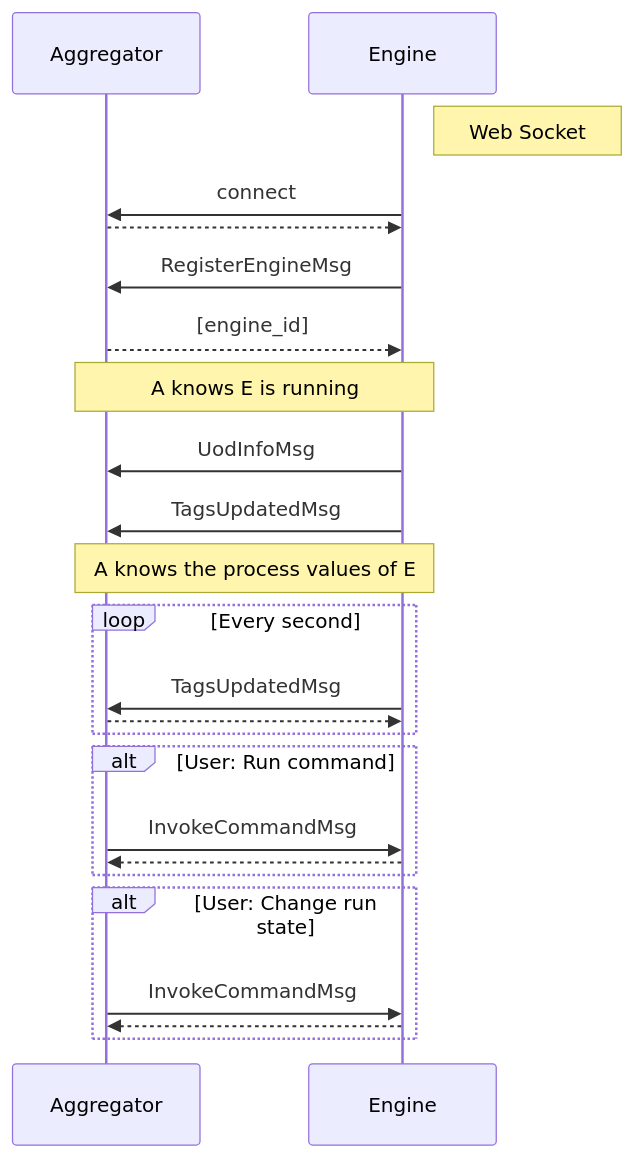
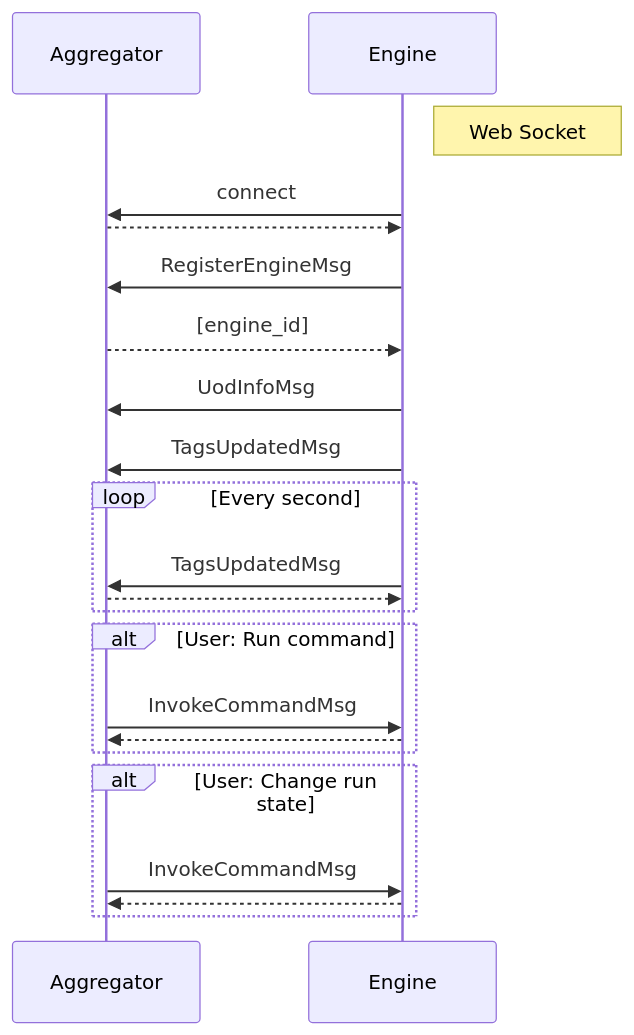
Before and after one commit to Open-Pectus/Open-Pectus: the third of 5 diagrams in DEVELOPMENT.md, drawn with Mermaid. The commit also changed other lines of this file, not shown here.

Commit message:
Completed protocol diagrams

````diff
--- a/DEVELOPMENT.md
+++ b/DEVELOPMENT.md
@@ -385,34 +421,31 @@
 ```mermaid
 sequenceDiagram
     participant A as Aggregator
     participant E as Engine
-%%note left of E: Registration
+
     Note right of E: Web Socket
     E ->> A: connect
     A -->> E: 
     E ->> A: RegisterEngineMsg
     A -->> E: [engine_id]
-    Note over A,E: A knows E is running
+%%    Note over A,E: A knows E is running
     E ->> A: UodInfoMsg
     E ->> A: TagsUpdatedMsg
-    Note over A,E: A knows the process values of E
+%%    Note over A,E: A knows the process values of E
 
-
-%%note left of E: Engine running
 
     loop Every second
     E ->> A: TagsUpdatedMsg
     A -->> E: 
     end
 
     alt User: Run command
     A ->> E: InvokeCommandMsg
     E -->> A: 
     end
 
     alt User: Change run state
     A ->> E: InvokeCommandMsg
     E -->> A: 
     end
-
 ```
````
